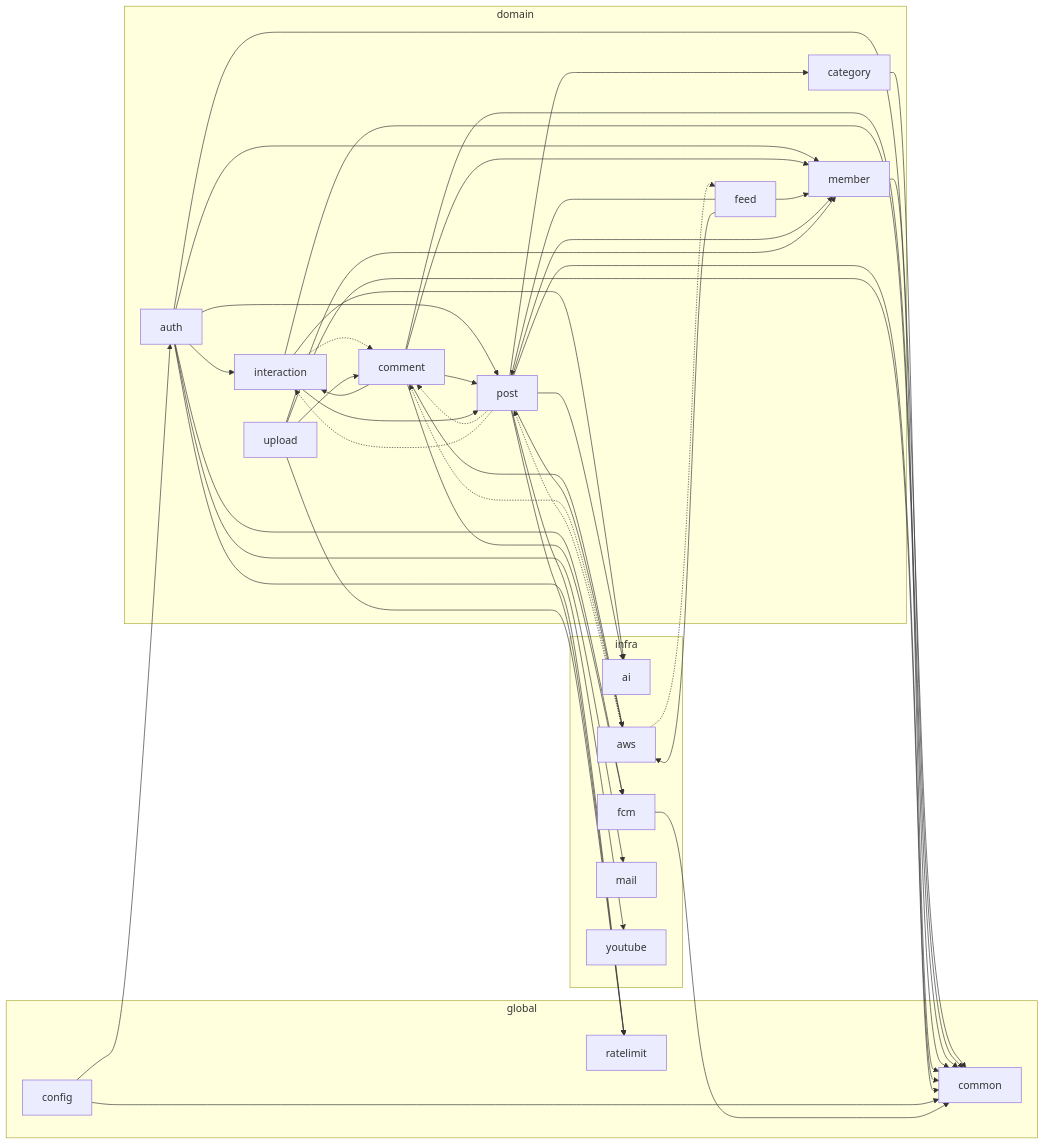
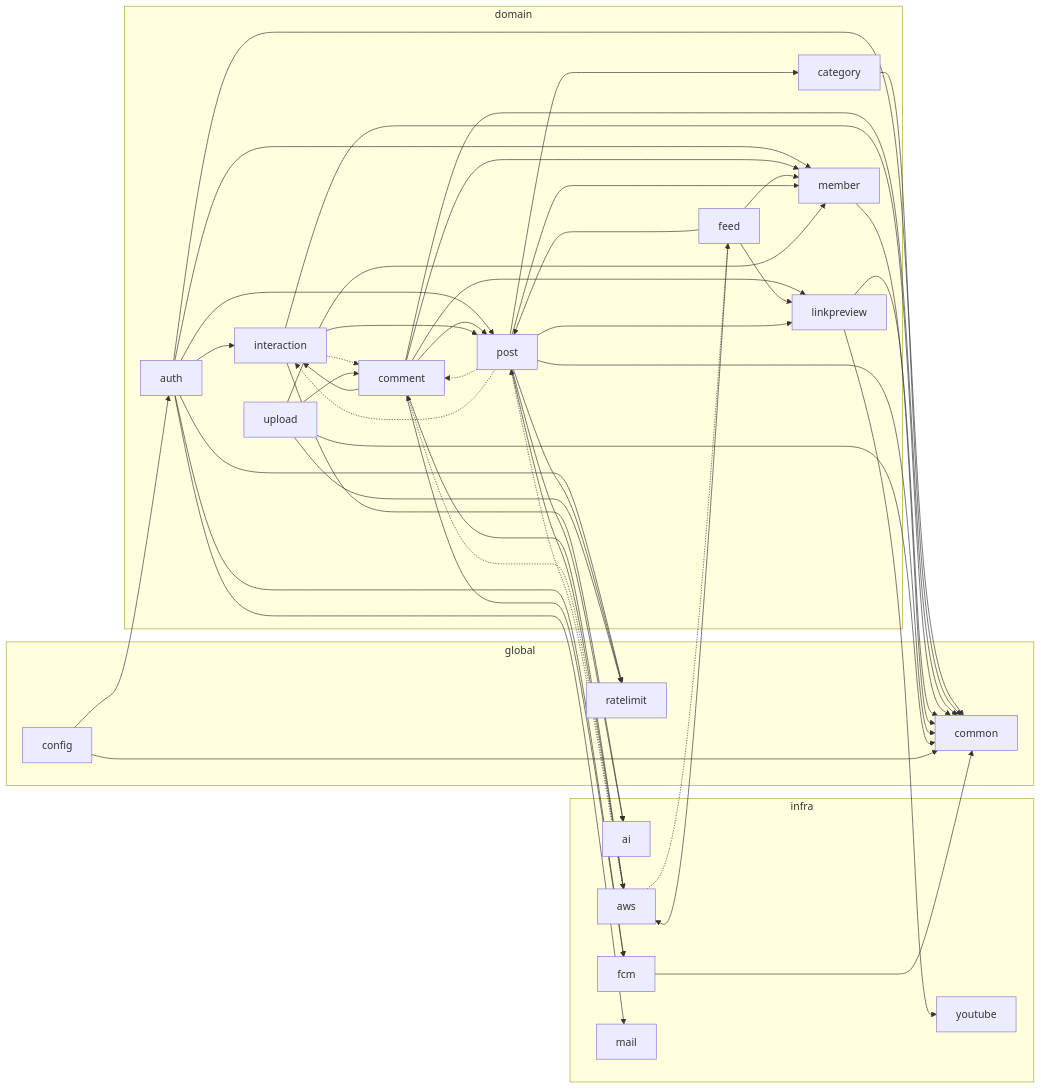
One commit to BAECHAN/link-sphere_BE_NEW changed the second of 4 diagrams in docs/BE-ARCHITECTURE.md. Above: the diagram before and after it, drawn with Mermaid. The commit also changed other lines of this file and 31 other files, not shown here.

First line of the commit message:
refactor(post): URL 검증·메타데이터 추출·미리보기 캐시를 domain/linkpreview로 옮김 (#203)

````diff
--- a/docs/BE-ARCHITECTURE.md
+++ b/docs/BE-ARCHITECTURE.md
@@ -85,66 +85,71 @@
 ```mermaid
 flowchart LR
   subgraph domain
     domain_auth["auth"]
     domain_category["category"]
     domain_comment["comment"]
     domain_feed["feed"]
     domain_interaction["interaction"]
+    domain_linkpreview["linkpreview"]
     domain_member["member"]
     domain_post["post"]
     domain_upload["upload"]
   end
   subgraph global
     global_common["common"]
     global_config["config"]
     global_ratelimit["ratelimit"]
   end
   subgraph infra
     infra_ai["ai"]
     infra_aws["aws"]
     infra_fcm["fcm"]
     infra_mail["mail"]
     infra_youtube["youtube"]
   end
   domain_auth --> domain_interaction
   domain_auth --> domain_member
   domain_auth --> domain_post
   domain_auth --> global_common
   domain_auth --> global_ratelimit
   domain_auth --> infra_fcm
   domain_auth --> infra_mail
   domain_category --> global_common
   domain_comment --> domain_interaction
+  domain_comment --> domain_linkpreview
   domain_comment --> domain_member
   domain_comment --> domain_post
   domain_comment --> global_common
   domain_comment --> infra_aws
   domain_comment --> infra_fcm
+  domain_feed --> domain_linkpreview
   domain_feed --> domain_member
   domain_feed --> domain_post
   domain_feed --> infra_aws
   domain_interaction -.-> domain_comment
   domain_interaction --> domain_post
   domain_interaction --> global_common
   domain_interaction --> infra_ai
+  domain_linkpreview --> global_common
+  domain_linkpreview --> infra_youtube
   domain_member --> global_common
   domain_post --> domain_category
   domain_post -.-> domain_comment
   domain_post -.-> domain_interaction
+  domain_post --> domain_linkpreview
   domain_post --> domain_member
   domain_post --> global_common
   domain_post --> global_ratelimit
   domain_post --> infra_ai
   domain_post --> infra_aws
-  domain_post --> infra_youtube
   domain_upload --> domain_comment
   domain_upload --> domain_member
   domain_upload --> global_common
   domain_upload --> global_ratelimit
   global_config --> domain_auth
   global_config --> global_common
   infra_aws -.-> domain_comment
   infra_aws -.-> domain_feed
   infra_aws -.-> domain_post
   infra_fcm --> global_common
 ```
````
